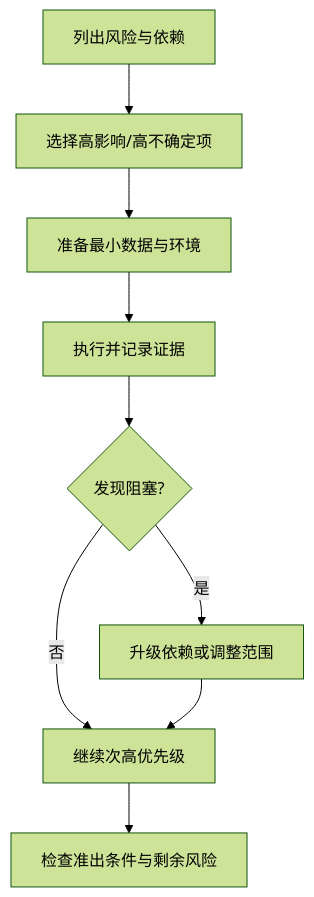
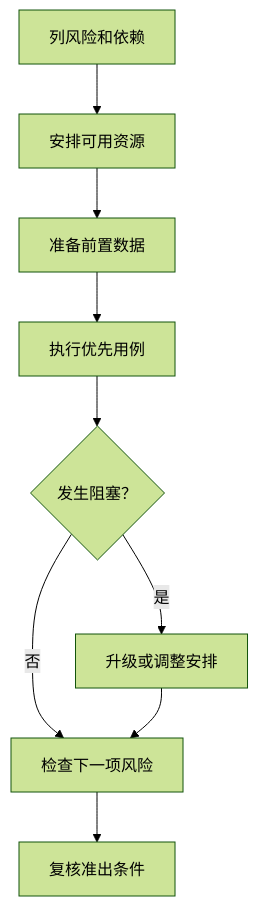
One commit to koco-co/hexo-blog changed the diagram in source/_posts/learn-topic/testing-basics/测试基础(五)测试计划与风险管理.md. Above: the diagram before and after it, drawn with Mermaid (forest theme). The commit also changed other lines of this file and 100 other files, not shown here.

```diff
--- a/source/_posts/learn-topic/testing-basics/测试基础(五)测试计划与风险管理.md
+++ b/source/_posts/learn-topic/testing-basics/测试基础(五)测试计划与风险管理.md
@@ -77,11 +180,11 @@
 {% mermaid %}
 flowchart TD
-  R[列出风险与依赖] --> H[选择高影响/高不确定项]
-  H --> S[准备最小数据与环境]
-  S --> E[执行并记录证据]
-  E --> F{发现阻塞?}
-  F -->|是| B[升级依赖或调整范围]
-  F -->|否| N[继续次高优先级]
-  B --> N
-  N --> G[检查准出条件与剩余风险]
+  A[列风险和依赖] --> B[安排可用资源]
+  B --> C[准备前置数据]
+  C --> D[执行优先用例]
+  D --> E{发生阻塞？}
+  E -->|是| F[升级或调整安排]
+  E -->|否| G[检查下一项风险]
+  F --> G
+  G --> H[复核准出条件]
 {% endmermaid %}
```
